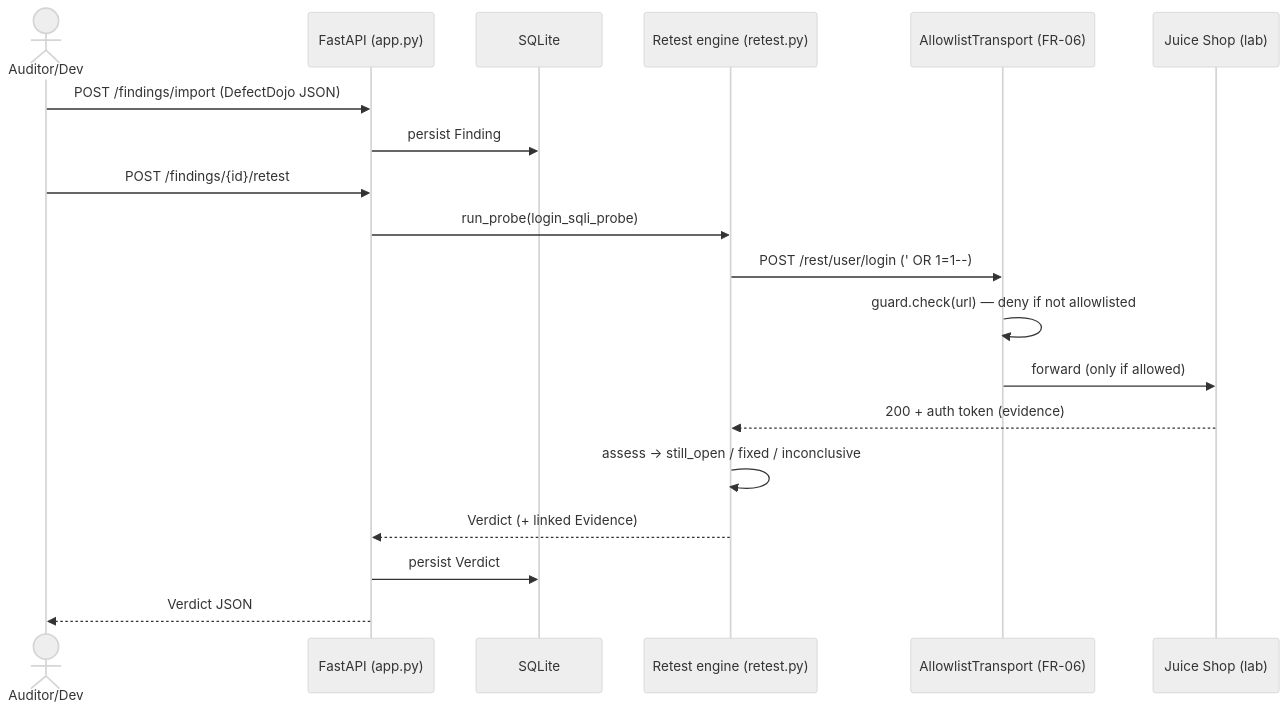
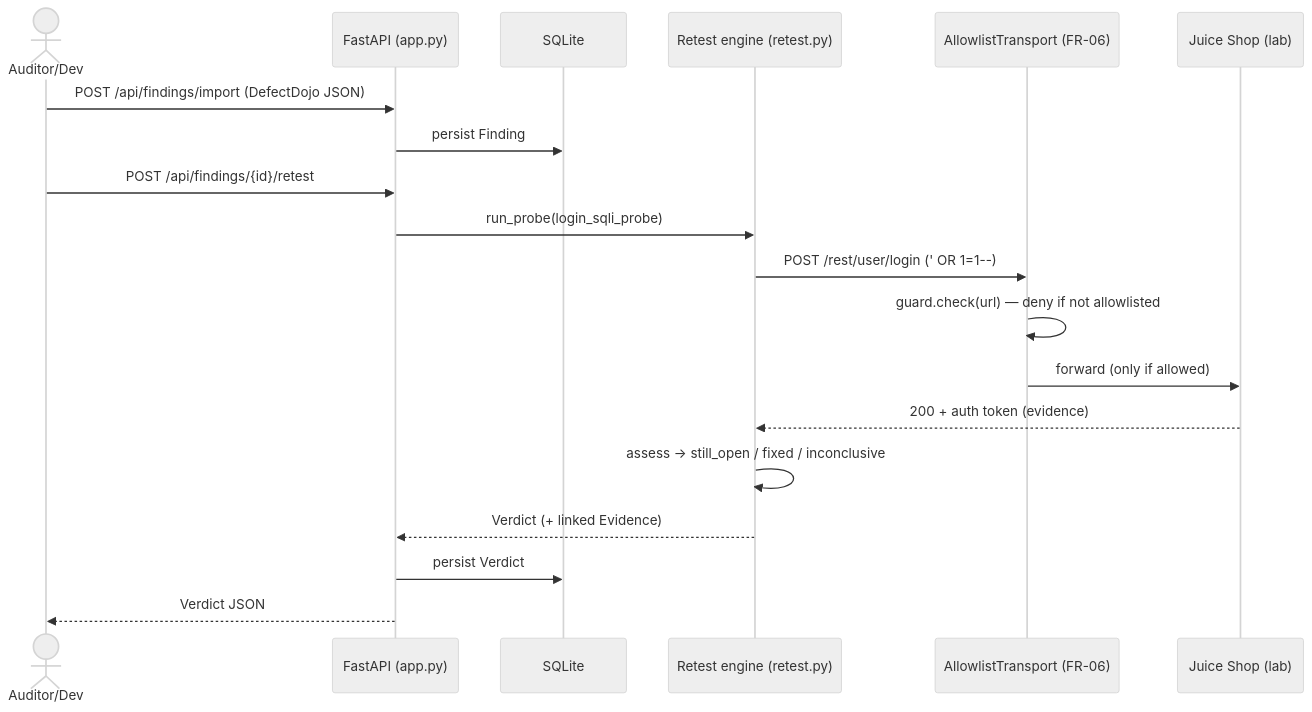
Before and after one commit to SelfishCoconut/revalid: the third of 4 diagrams in docs/architecture/c4.md, drawn with Mermaid (neutral theme). The commit also changed other lines of this file and 58 other files, not shown here.

````diff
--- a/docs/architecture/c4.md
+++ b/docs/architecture/c4.md
@@ -30,22 +52,22 @@
 ```mermaid
 sequenceDiagram
     actor Dev as Auditor/Dev
     participant API as FastAPI (app.py)
     participant DB as SQLite
     participant RT as Retest engine (retest.py)
     participant G as AllowlistTransport (FR-06)
     participant Lab as Juice Shop (lab)
 
-    Dev->>API: POST /findings/import (DefectDojo JSON)
+    Dev->>API: POST /api/findings/import (DefectDojo JSON)
     API->>DB: persist Finding
-    Dev->>API: POST /findings/{id}/retest
+    Dev->>API: POST /api/findings/{id}/retest
     API->>RT: run_probe(login_sqli_probe)
     RT->>G: POST /rest/user/login  (' OR 1=1--)
     G->>G: guard.check(url) — deny if not allowlisted
     G->>Lab: forward (only if allowed)
     Lab-->>RT: 200 + auth token  (evidence)
     RT->>RT: assess → still_open / fixed / inconclusive
     RT-->>API: Verdict (+ linked Evidence)
     API->>DB: persist Verdict
     API-->>Dev: Verdict JSON
 ```
````
